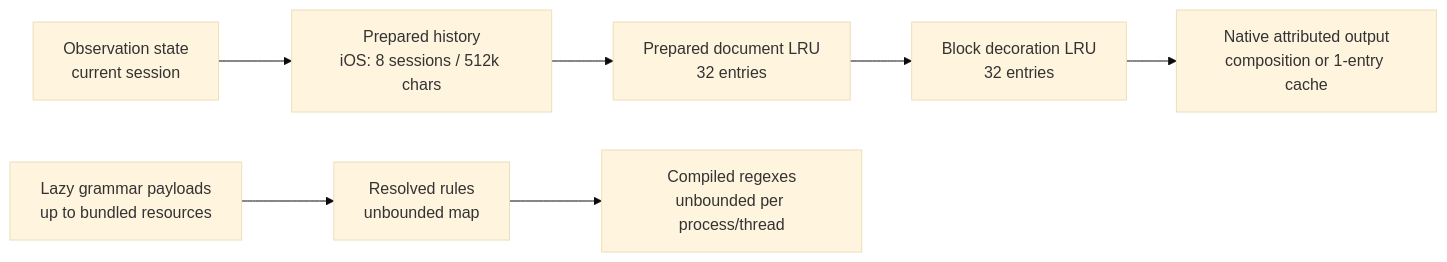
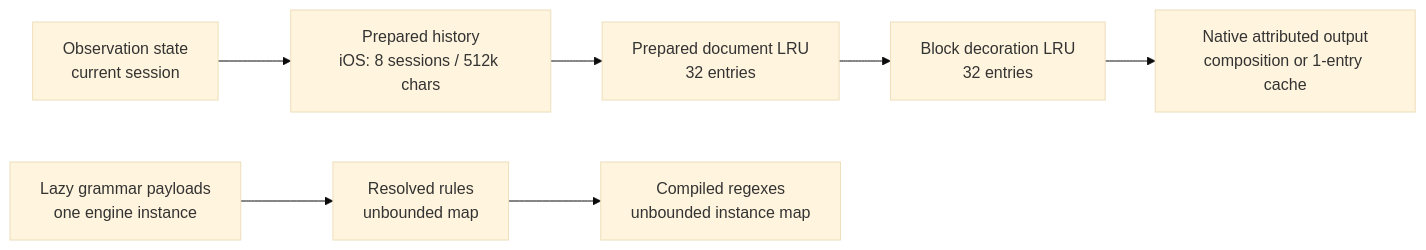
Before and after one commit to opencode-mobile/opencode-mobile: the eighth of 10 diagrams in docs/features/native-rendered-markdown/textmate-markdown-highlighter-architecture-report.md, drawn with Mermaid (base theme). The commit also changed other lines of this file and 36 other files, not shown here.

````diff
--- a/docs/features/native-rendered-markdown/textmate-markdown-highlighter-architecture-report.md
+++ b/docs/features/native-rendered-markdown/textmate-markdown-highlighter-architecture-report.md
@@ -643,9 +646,9 @@
 ```mermaid
 flowchart LR
     A["Observation state<br/>current session"] --> B["Prepared history<br/>iOS: 8 sessions / 512k chars"]
     B --> C["Prepared document LRU<br/>32 entries"]
     C --> D["Block decoration LRU<br/>32 entries"]
     D --> E["Native attributed output<br/>composition or 1-entry cache"]
-    F["Lazy grammar payloads<br/>up to bundled resources"] --> G["Resolved rules<br/>unbounded map"]
-    G --> H["Compiled regexes<br/>unbounded per process/thread"]
+    F["Lazy grammar payloads<br/>one engine instance"] --> G["Resolved rules<br/>unbounded map"]
+    G --> H["Compiled regexes<br/>unbounded instance map"]
 ```
````
